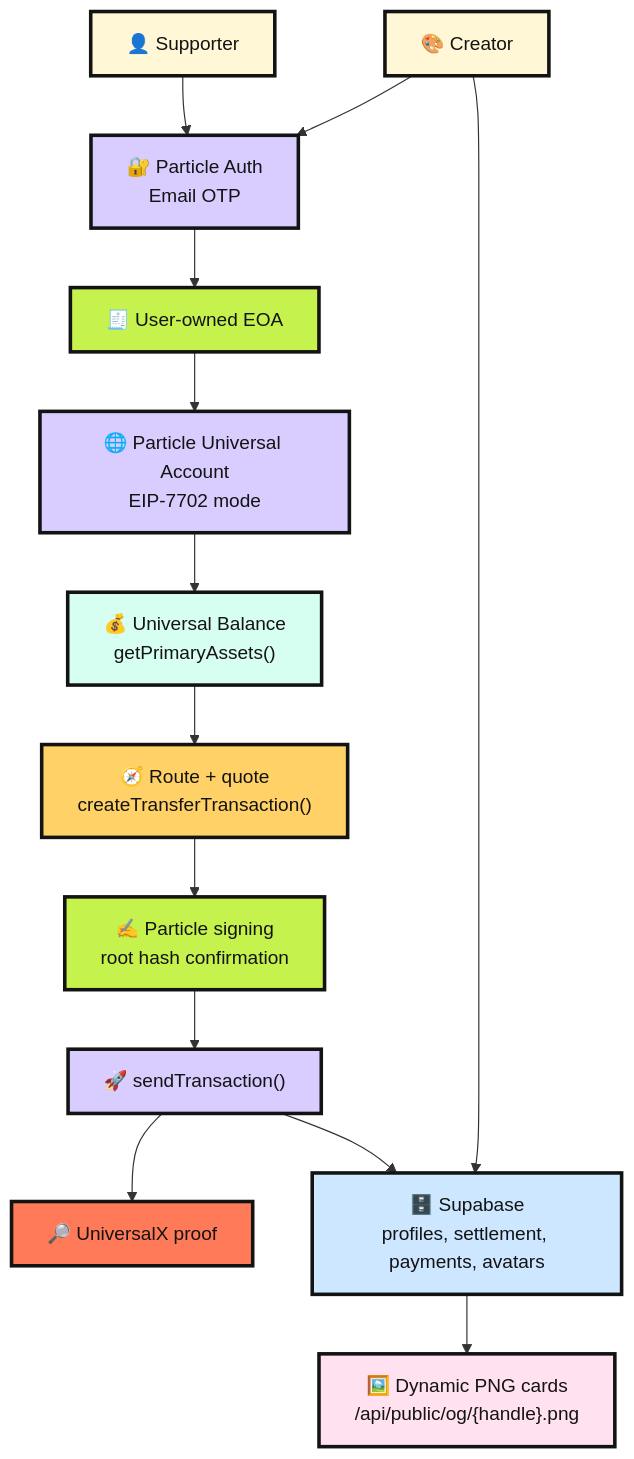
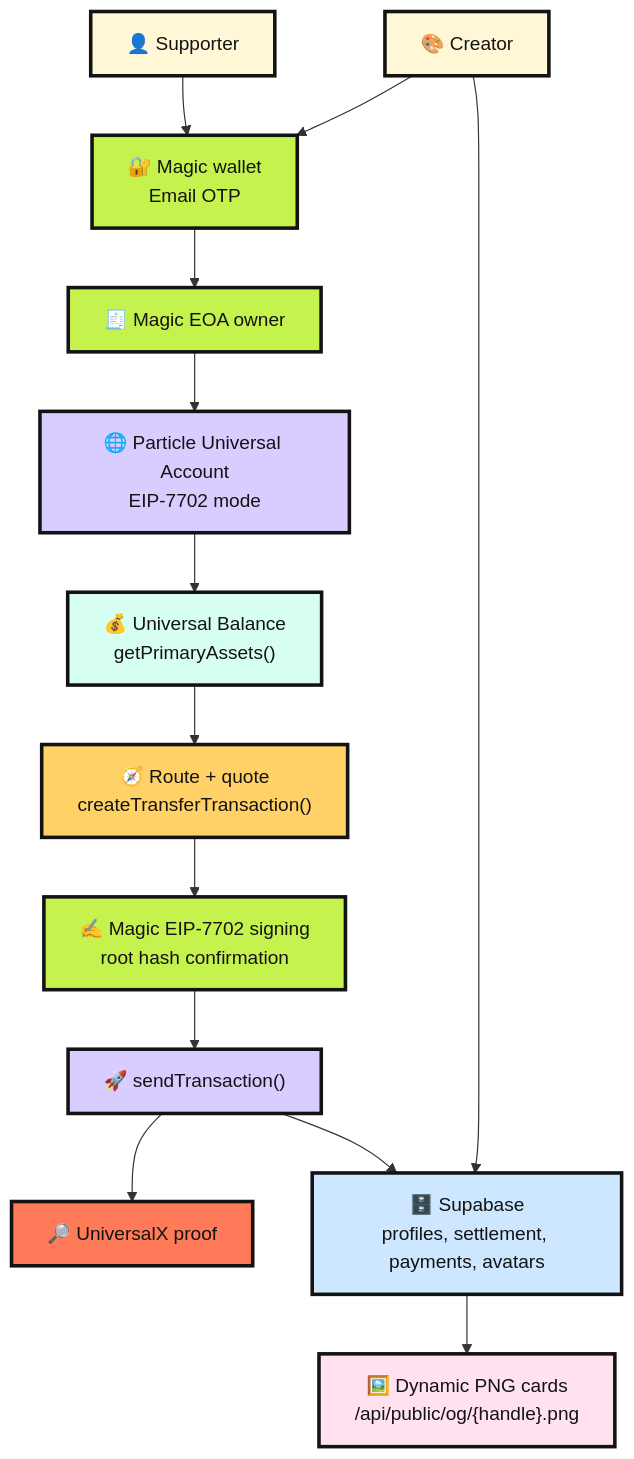
The first of 2 diagrams in README.md (NikhilRaikwar/Fyora), drawn with Mermaid before and after one commit. The commit also changed other lines of this file and 8 other files, not shown here.

First line of the commit message:
Harden Magic Particle wallet flow

````diff
--- a/README.md
+++ b/README.md
@@ -33,31 +33,31 @@
 ```mermaid
 flowchart TD
   Supporter["👤 Supporter"]:::person
   Creator["🎨 Creator"]:::person
-  Auth["🔐 Particle Auth<br/>Email OTP"]:::particle
-  EOA["🧾 User-owned EOA"]:::wallet
+  Auth["🔐 Magic wallet<br/>Email OTP"]:::wallet
+  EOA["🧾 Magic EOA owner"]:::wallet
   UA["🌐 Particle Universal Account<br/>EIP-7702 mode"]:::particle
   Balance["💰 Universal Balance<br/>getPrimaryAssets()"]:::money
   Quote["🧭 Route + quote<br/>createTransferTransaction()"]:::route
-  Sign["✍️ Particle signing<br/>root hash confirmation"]:::wallet
+  Sign["✍️ Magic EIP-7702 signing<br/>root hash confirmation"]:::wallet
   Send["🚀 sendTransaction()"]:::particle
   UniversalX["🔎 UniversalX proof"]:::proof
   Supabase["🗄️ Supabase<br/>profiles, settlement, payments, avatars"]:::db
   OG["🖼️ Dynamic PNG cards<br/>/api/public/og/{handle}.png"]:::media
 
   Creator --> Auth --> EOA --> UA
   Supporter --> Auth
   UA --> Balance --> Quote --> Sign --> Send --> UniversalX
   Send --> Supabase
   Creator --> Supabase
   Supabase --> OG
 
   classDef person fill:#fff7d6,stroke:#141313,stroke-width:3px,color:#141313;
   classDef particle fill:#d9ccff,stroke:#141313,stroke-width:3px,color:#141313;
   classDef wallet fill:#c6f24e,stroke:#141313,stroke-width:3px,color:#141313;
   classDef money fill:#d7fff1,stroke:#141313,stroke-width:3px,color:#141313;
   classDef route fill:#ffd166,stroke:#141313,stroke-width:3px,color:#141313;
   classDef proof fill:#ff7a59,stroke:#141313,stroke-width:3px,color:#141313;
   classDef db fill:#cce7ff,stroke:#141313,stroke-width:3px,color:#141313;
   classDef media fill:#ffe1f0,stroke:#141313,stroke-width:3px,color:#141313;
 ```
````
